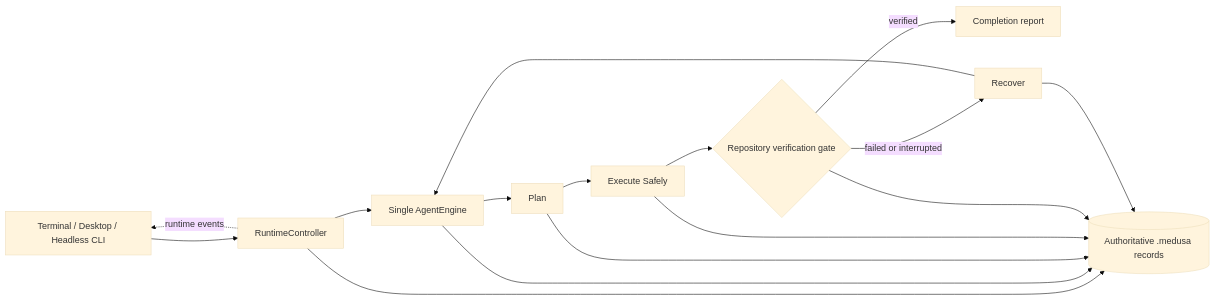
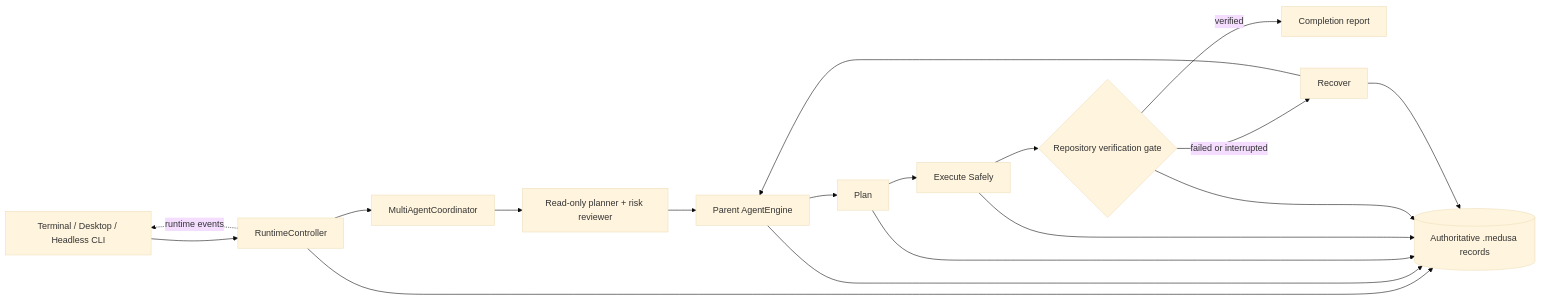
One commit to benclawbot/Medusa changed the first of 5 diagrams in docs/ARCHITECTURE.md. Above: the diagram before and after it, drawn with Mermaid (base theme). The commit also changed other lines of this file and 27 other files, not shown here.

Commit message:
Dispatch durable read-only teammates from run_prompt

````diff
--- a/docs/ARCHITECTURE.md
+++ b/docs/ARCHITECTURE.md
@@ -17,18 +17,20 @@
 ```mermaid
 flowchart LR
     UI[Terminal / Desktop / Headless CLI] --> C[RuntimeController]
-    C --> A[Single AgentEngine]
+    C --> O[MultiAgentCoordinator]
+    O --> W[Read-only planner + risk reviewer]
+    W --> A[Parent AgentEngine]
     A --> P[Plan]
     P --> E[Execute Safely]
     E --> V{Repository verification gate}
     V -->|verified| R[Completion report]
     V -->|failed or interrupted| X[Recover]
     X --> A
     C --> S[(Authoritative .medusa records)]
     A --> S
     P --> S
     E --> S
     V --> S
     X --> S
     C -. runtime events .-> UI
 ```
````
